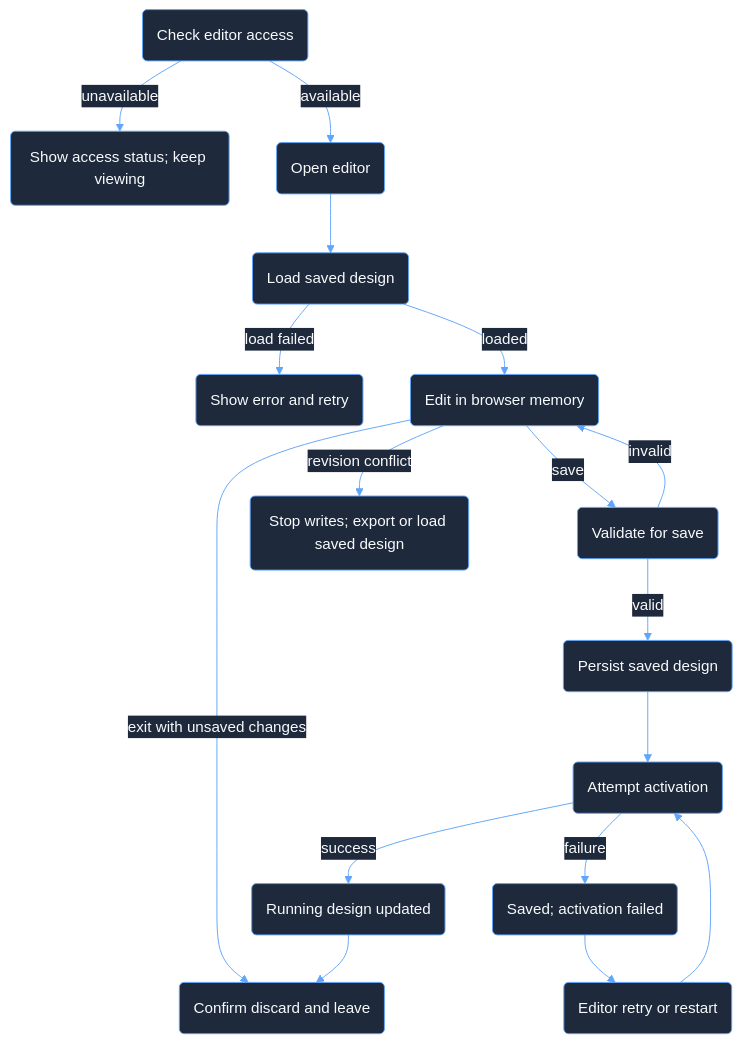
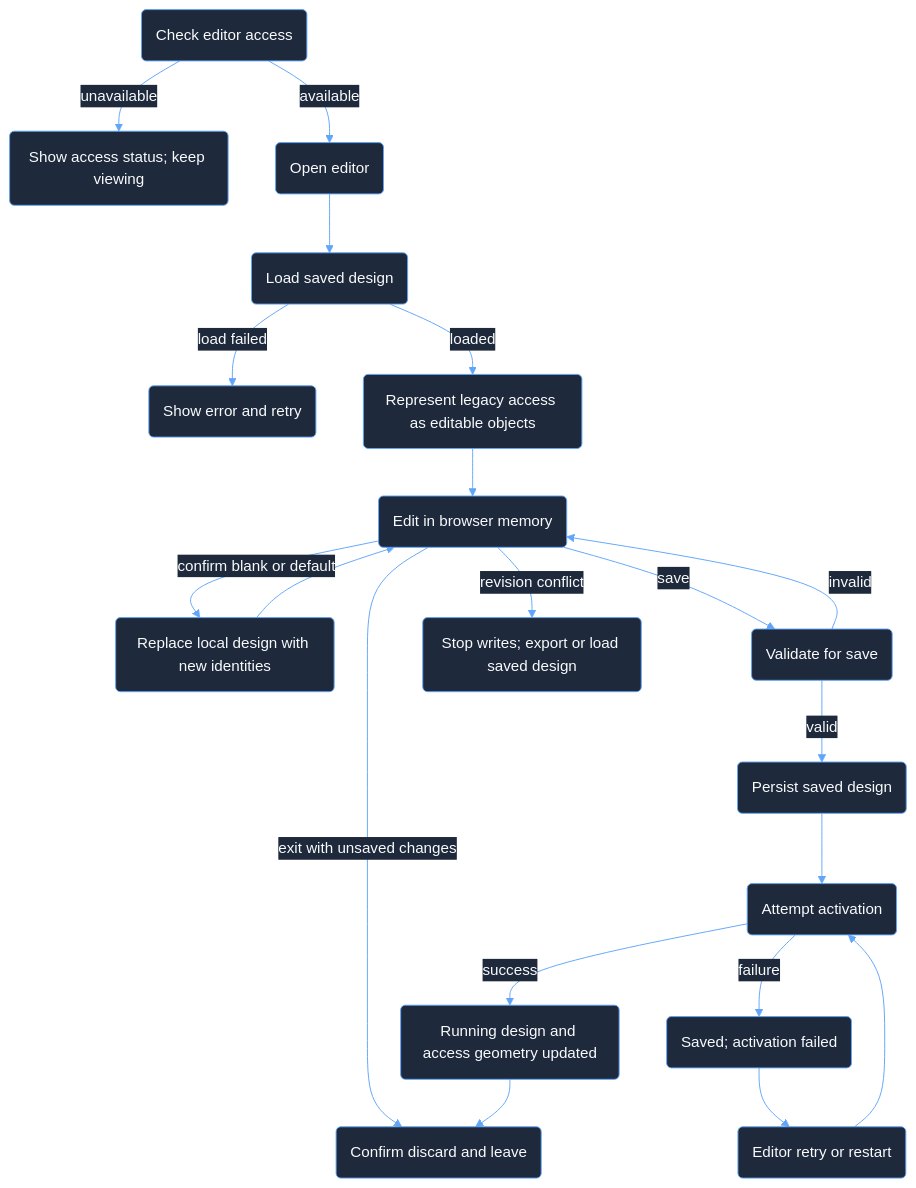
The first of 2 diagrams in docs/plans/building-editor-spec.md (wmorgan69/light-controller-simulator), drawn with Mermaid before and after one commit. The commit also changed other lines of this file and 103 other files, not shown here.

````diff
--- a/docs/plans/building-editor-spec.md
+++ b/docs/plans/building-editor-spec.md
@@ -26,32 +30,35 @@
 ```mermaid
 ---
 config:
   theme: base
   themeVariables:
     darkMode: true
     primaryColor: '#1E293B'
     primaryTextColor: '#F8FAFC'
     primaryBorderColor: '#60A5FA'
     lineColor: '#60A5FA'
     edgeLabelBackground: '#1E293B'
     textColor: '#F8FAFC'
 ---
 flowchart TB
     Check("Check editor access") -->|unavailable| View("Show access status; keep viewing")
     Check -->|available| Entry("Open editor")
     Entry --> Load("Load saved design")
     Load -->|load failed| Error("Show error and retry")
-    Load -->|loaded| Edit("Edit in browser memory")
+    Load -->|loaded| Access("Represent legacy access as editable objects")
+    Access --> Edit("Edit in browser memory")
+    Edit -->|confirm blank or default| Template("Replace local design with new identities")
+    Template --> Edit
     Edit -->|save| Validate("Validate for save")
     Validate -->|invalid| Edit
     Validate -->|valid| Saved("Persist saved design")
     Saved --> Activate("Attempt activation")
-    Activate -->|success| Active("Running design updated")
+    Activate -->|success| Active("Running design and access geometry updated")
     Activate -->|failure| Failed("Saved; activation failed")
     Failed --> Retry("Editor retry or restart")
     Retry --> Activate
     Edit -->|revision conflict| Recovery("Stop writes; export or load saved design")
     Edit -->|exit with unsaved changes| Exit("Confirm discard and leave")
     Active --> Exit
     classDef default fill:#1E293B,stroke:#60A5FA,color:#F8FAFC;
 ```
````
